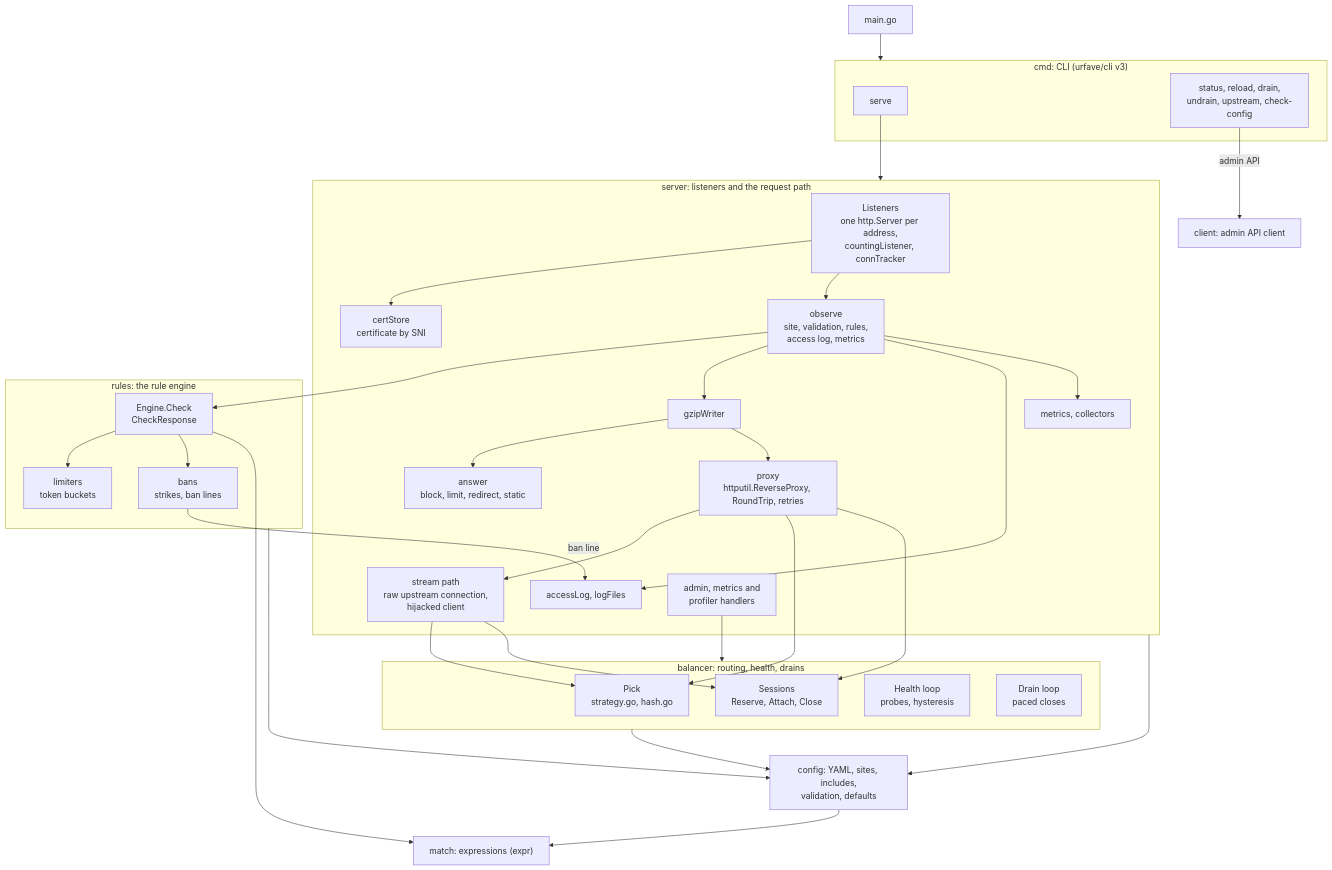
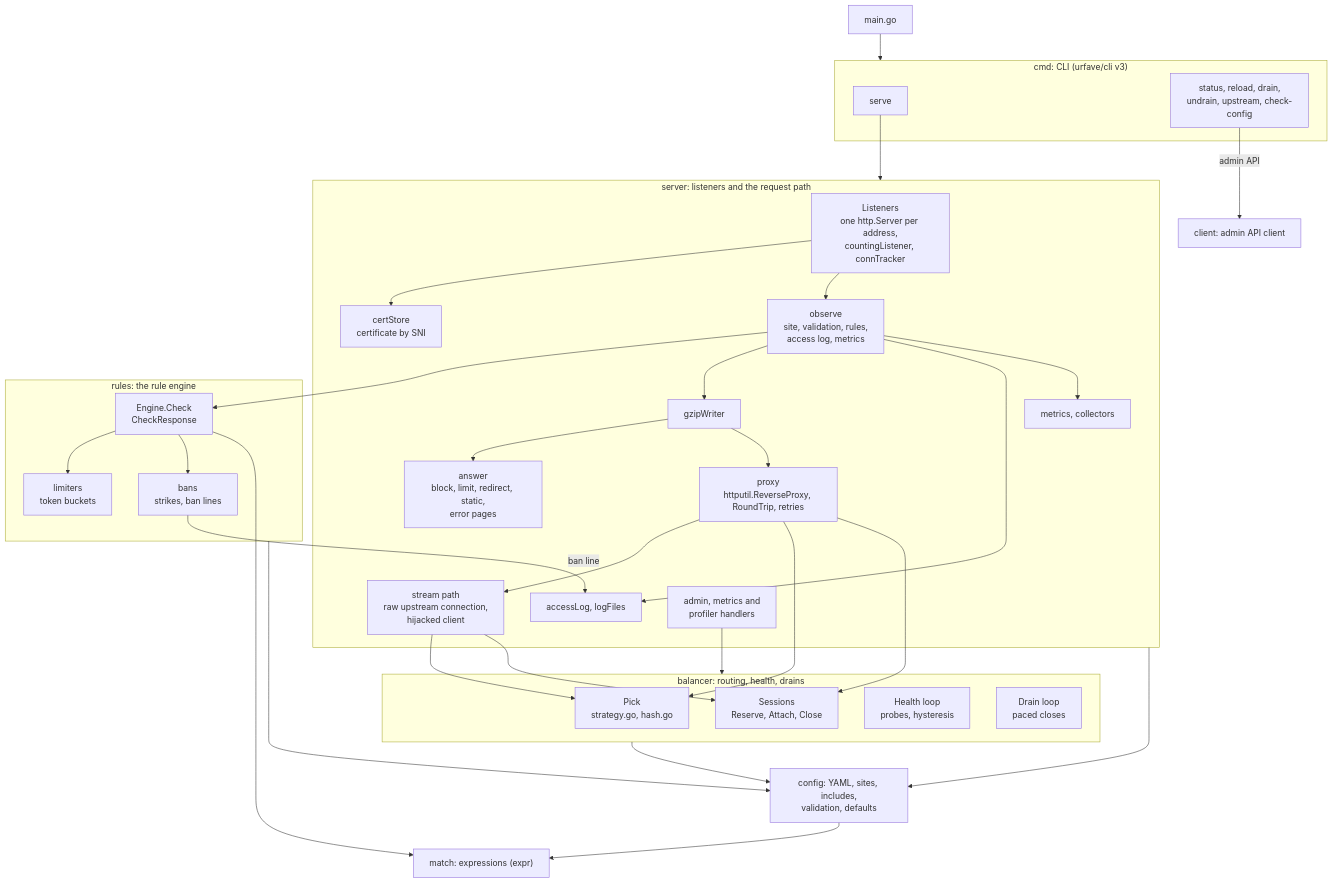
One commit to binwiederhier/ntlb changed the second of 16 diagrams in docs/architecture.md. Above: the diagram before and after it, drawn with Mermaid. The commit also changed other lines of this file and 3 other files, not shown here.

Commit message:
Add a code walkthrough, update the architecture docs for pools, proxy rules and 429

````diff
--- a/docs/architecture.md
+++ b/docs/architecture.md
@@ -52,62 +53,62 @@
 ```mermaid
 flowchart TB
     main["main.go"] --> cmd
     subgraph cmd["cmd: CLI (urfave/cli v3)"]
         serve["serve"]
         cli["status, reload, drain,<br/>undrain, upstream, check-config"]
     end
     cli -- "admin API" --> client["client: admin API client"]
     serve --> server
 
     subgraph server["server: listeners and the request path"]
         listeners["Listeners<br/>one http.Server per address,<br/>countingListener, connTracker"]
         certs["certStore<br/>certificate by SNI"]
         observe["observe<br/>site, validation, rules,<br/>access log, metrics"]
         gzip["gzipWriter"]
-        answer["answer<br/>block, limit, redirect, static"]
+        answer["answer<br/>block, limit, redirect, static,<br/>error pages"]
         proxy["proxy<br/>httputil.ReverseProxy, RoundTrip, retries"]
         stream["stream path<br/>raw upstream connection,<br/>hijacked client"]
         accesslog["accessLog, logFiles"]
         metrics["metrics, collectors"]
         admin["admin, metrics and<br/>profiler handlers"]
     end
 
     subgraph balancer["balancer: routing, health, drains"]
         pick["Pick<br/>strategy.go, hash.go"]
         sessions["Sessions<br/>Reserve, Attach, Close"]
         health["Health loop<br/>probes, hysteresis"]
         drains["Drain loop<br/>paced closes"]
     end
 
     subgraph rules["rules: the rule engine"]
         engine["Engine.Check<br/>CheckResponse"]
         limiters["limiters<br/>token buckets"]
         bans["bans<br/>strikes, ban lines"]
     end
 
     match["match: expressions (expr)"]
     config["config: YAML, sites, includes,<br/>validation, defaults"]
 
     listeners --> certs
     listeners --> observe
     observe --> engine
     observe --> gzip
     gzip --> answer
     gzip --> proxy
     proxy --> stream
     proxy --> pick
     proxy --> sessions
     stream --> pick
     stream --> sessions
     observe --> accesslog
     observe --> metrics
     engine --> limiters
     engine --> bans
     bans -- "ban line" --> accesslog
     engine --> match
     config --> match
     server --> config
     balancer --> config
     rules --> config
     admin --> balancer
 ```
````
